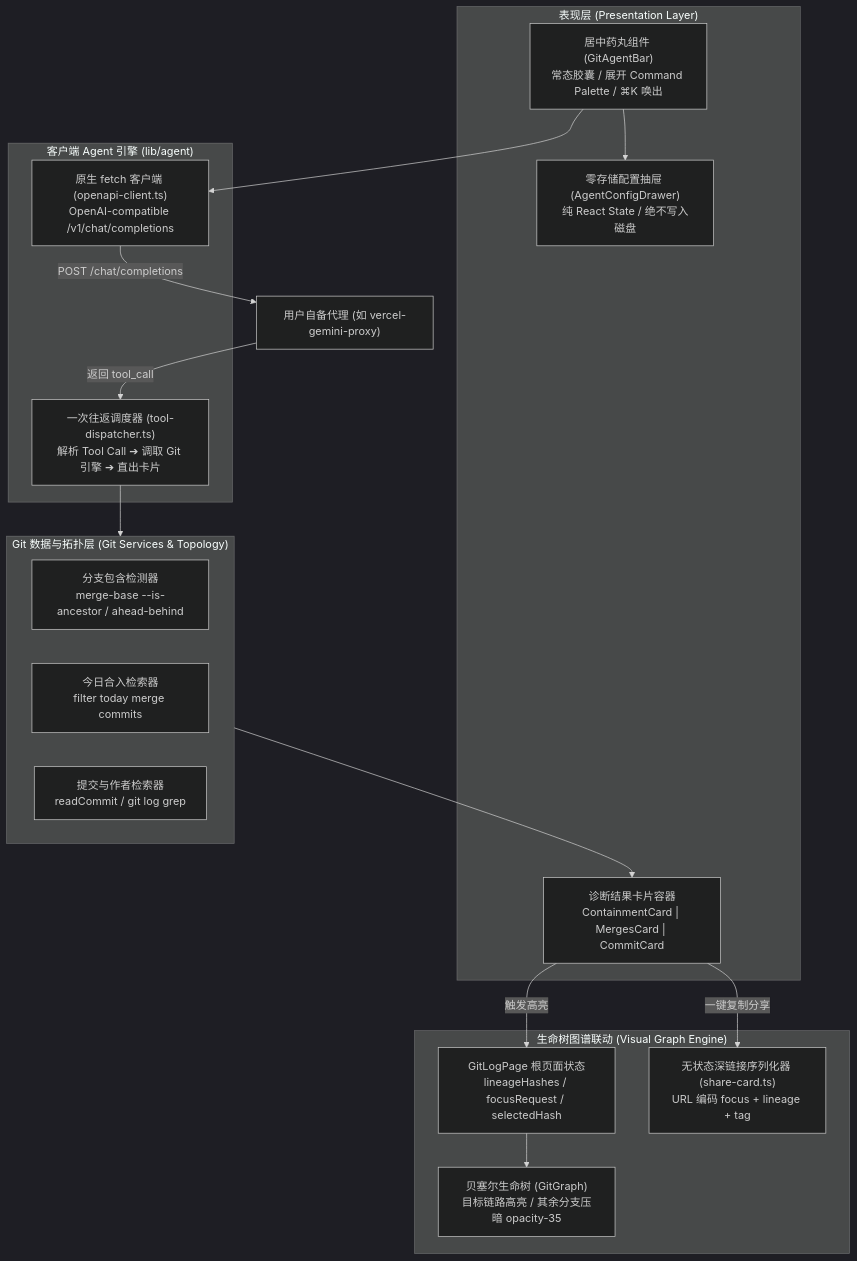
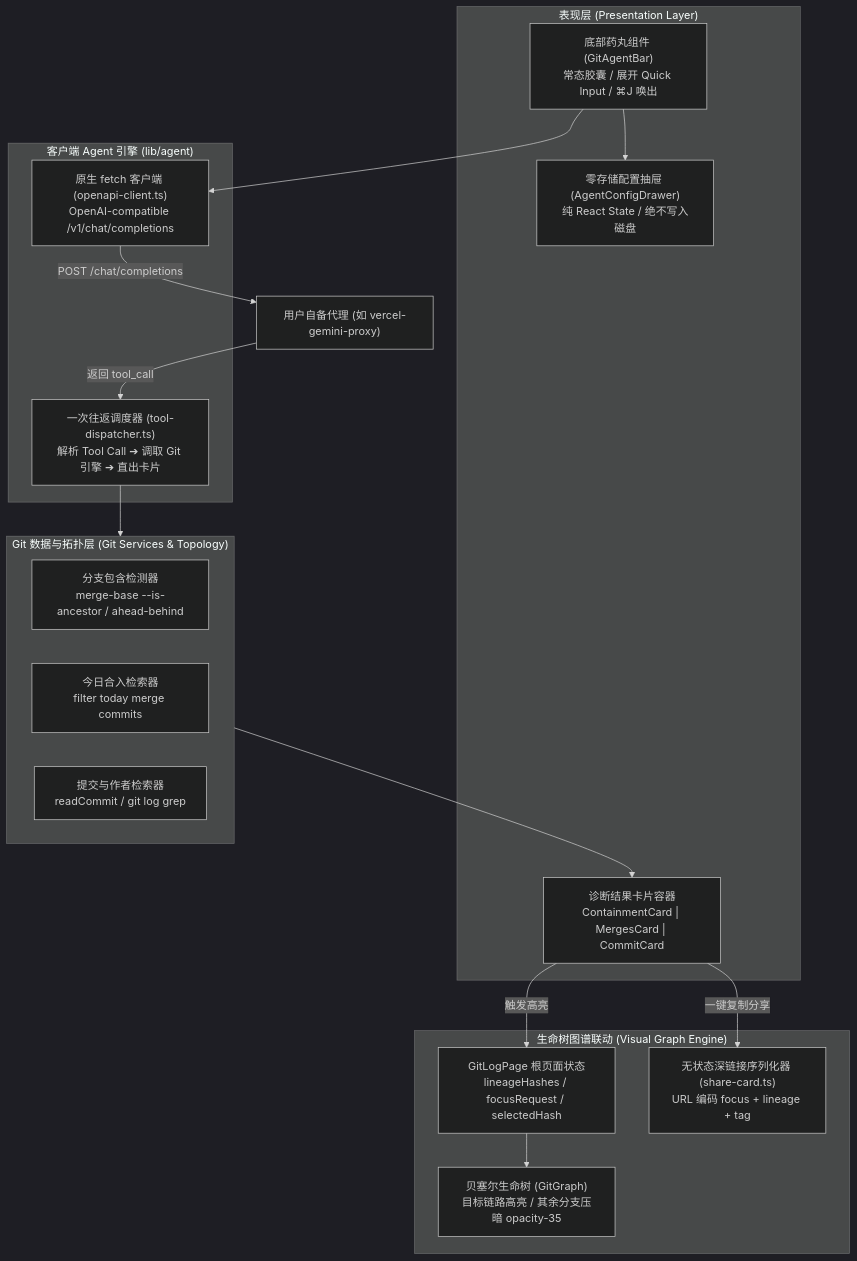
One commit to DavidKk/yggit changed the diagram in docs/technical/agent-spotlight-and-interactive-sharing.md. Above: the diagram before and after it, drawn with Mermaid (dark theme). The commit also changed other lines of this file and 18 other files, not shown here.

````diff
--- a/docs/technical/agent-spotlight-and-interactive-sharing.md
+++ b/docs/technical/agent-spotlight-and-interactive-sharing.md
@@ -15,35 +15,35 @@
 ```mermaid
 flowchart TD
     subgraph UI ["表现层 (Presentation Layer)"]
-        Pill["居中药丸组件 (GitAgentBar)<br/>常态胶囊 / 展开 Command Palette / ⌘K 唤出"]
+        Pill["底部药丸组件 (GitAgentBar)<br/>常态胶囊 / 展开 Quick Input / ⌘J 唤出"]
         ConfigDrawer["零存储配置抽屉 (AgentConfigDrawer)<br/>纯 React State / 绝不写入磁盘"]
         CardContainer["诊断结果卡片容器<br/>ContainmentCard | MergesCard | CommitCard"]
     end
 
     subgraph AgentCore ["客户端 Agent 引擎 (lib/agent)"]
         OpenApiClient["原生 fetch 客户端 (openapi-client.ts)<br/>OpenAI-compatible /v1/chat/completions"]
         ToolDispatcher["一次往返调度器 (tool-dispatcher.ts)<br/>解析 Tool Call ➔ 调取 Git 引擎 ➔ 直出卡片"]
     end
 
     subgraph GitEngine ["Git 数据与拓扑层 (Git Services & Topology)"]
         Containment["分支包含检测器<br/>merge-base --is-ancestor / ahead-behind"]
         Merges["今日合入检索器<br/>filter today merge commits"]
         CommitLookup["提交与作者检索器<br/>readCommit / git log grep"]
     end
 
     subgraph VisualGraph ["生命树图谱联动 (Visual Graph Engine)"]
         GitLogPage["GitLogPage 根页面状态<br/>lineageHashes / focusRequest / selectedHash"]
         GitGraph["贝塞尔生命树 (GitGraph)<br/>目标链路高亮 / 其余分支压暗 opacity-35"]
         DeepLink["无状态深链接序列化器 (share-card.ts)<br/>URL 编码 focus + lineage + tag"]
     end
 
     Pill --> ConfigDrawer
     Pill --> OpenApiClient
     OpenApiClient -->|POST /chat/completions| ExternalProxy["用户自备代理 (如 vercel-gemini-proxy)"]
     ExternalProxy -->|返回 tool_call| ToolDispatcher
     ToolDispatcher --> GitEngine
     GitEngine --> CardContainer
     CardContainer -->|触发高亮| GitLogPage
     GitLogPage --> GitGraph
     CardContainer -->|一键复制分享| DeepLink
 ```
````
